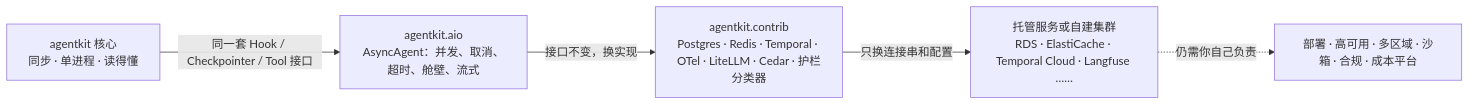
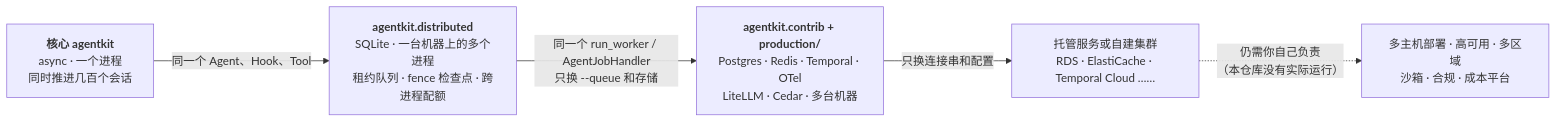
Before and after one commit to heaven999b/hello-agent-system: the diagram in docs/production-readiness.md, drawn with Mermaid. The commit also changed other lines of this file and 34 other files, not shown here.

First line of the commit message:
docs: production readiness rewritten around the three layers; failure modes, interview questions, review checklist, glossary and cheatsheet updated for async and multi-process; lesson 00 roadmap

````diff
--- a/docs/production-readiness.md
+++ b/docs/production-readiness.md
@@ -16,7 +16,7 @@
 ```mermaid
 flowchart LR
-    A["agentkit 核心<br/>同步 · 单进程 · 读得懂"] -->|"同一套 Hook / Checkpointer / Tool 接口"| B["agentkit.aio<br/>AsyncAgent：并发、取消、超时、舱壁、流式"]
-    B -->|"接口不变，换实现"| C["agentkit.contrib<br/>Postgres · Redis · Temporal · OTel · LiteLLM · Cedar · 护栏分类器"]
-    C -->|"只换连接串和配置"| D["托管服务或自建集群<br/>RDS · ElastiCache · Temporal Cloud · Langfuse ……"]
-    D -.->|"仍需你自己负责"| E["部署 · 高可用 · 多区域 · 沙箱 · 合规 · 成本平台"]
+    A["<b>核心 agentkit</b><br/>async · 一个进程<br/>同时推进几百个会话"] -->|"同一个 Agent、Hook、Tool"| B["<b>agentkit.distributed</b><br/>SQLite · 一台机器上的多个进程<br/>租约队列 · fence 检查点 · 跨进程配额"]
+    B -->|"同一个 run_worker / AgentJobHandler<br/>只换 --queue 和存储"| C["<b>agentkit.contrib + production/</b><br/>Postgres · Redis · Temporal · OTel<br/>LiteLLM · Cedar · 多台机器"]
+    C -->|"只换连接串和配置"| D["托管服务或自建集群<br/>RDS · ElastiCache · Temporal Cloud ……"]
+    D -.->|"仍需你自己负责<br/>（本仓库没有实际运行）"| E["多主机部署 · 高可用 · 多区域<br/>沙箱 · 合规 · 成本平台"]
 ```
````
